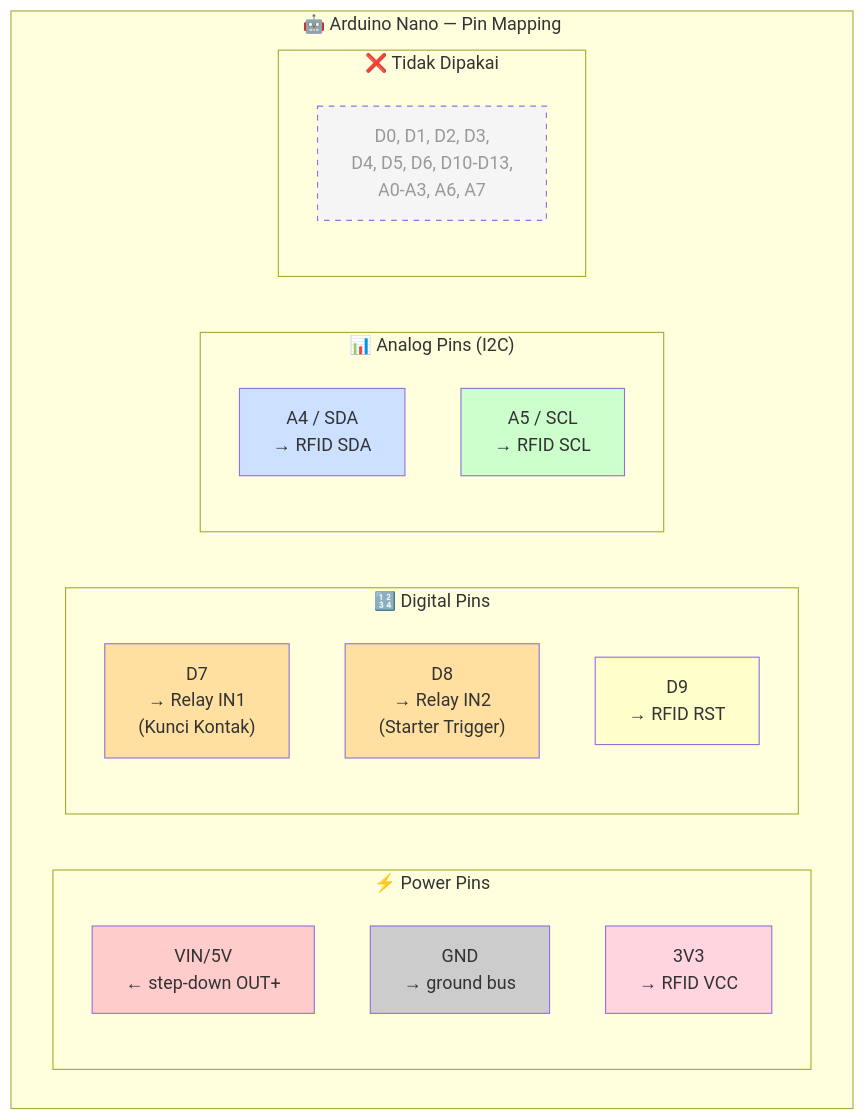
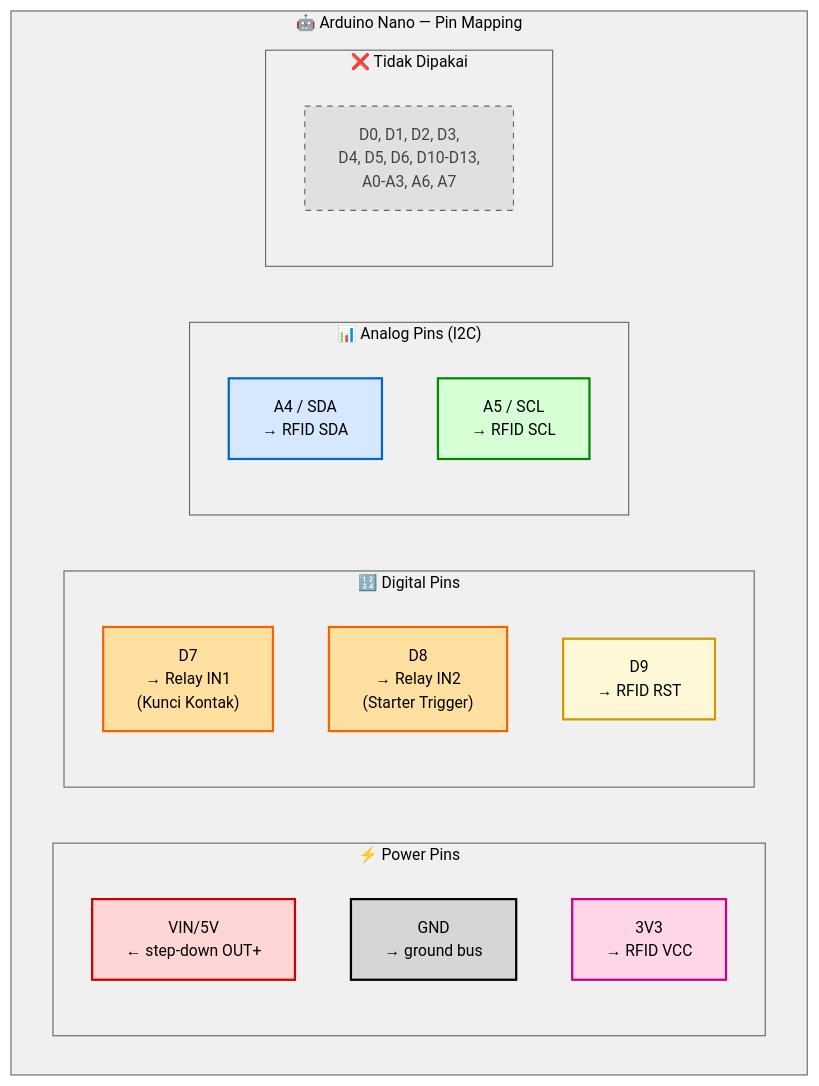
The tenth of 10 diagrams in motor_starter/DIAGRAM_MERMAID.md (umarovk/SIKAMOT), drawn with Mermaid before and after one commit. The commit also changed other lines of this file, not shown here.

First line of the commit message:
style(diagram): force readable text on GitHub dark mode

````diff
--- a/motor_starter/DIAGRAM_MERMAID.md
+++ b/motor_starter/DIAGRAM_MERMAID.md
@@ -474,36 +500,37 @@
 ```mermaid
+%%{init: {'theme':'base', 'themeVariables': {'primaryColor':'#ffffff','primaryTextColor':'#000000','primaryBorderColor':'#333333','lineColor':'#555555','clusterBkg':'#f0f0f0','clusterBorder':'#666666','titleColor':'#000000','edgeLabelBackground':'#ffffff','fontSize':'14px'}}}%%
 flowchart TB
     subgraph NANO_PINS["🤖 Arduino Nano — Pin Mapping"]
         direction LR
         subgraph POWER["⚡ Power Pins"]
             P1["VIN/5V<br/>← step-down OUT+"]
             P2["GND<br/>→ ground bus"]
             P3["3V3<br/>→ RFID VCC"]
         end
 
         subgraph DIGITAL["🔢 Digital Pins"]
             D7["D7<br/>→ Relay IN1<br/>(Kunci Kontak)"]
             D8["D8<br/>→ Relay IN2<br/>(Starter Trigger)"]
             D9["D9<br/>→ RFID RST"]
         end
 
         subgraph ANALOG["📊 Analog Pins (I2C)"]
             A4["A4 / SDA<br/>→ RFID SDA"]
             A5["A5 / SCL<br/>→ RFID SCL"]
         end
 
         subgraph UNUSED["❌ Tidak Dipakai"]
             UN["D0, D1, D2, D3,<br/>D4, D5, D6, D10-D13,<br/>A0-A3, A6, A7"]
         end
     end
 
-    style P1 fill:#ffcccc
-    style P2 fill:#cccccc
-    style P3 fill:#ffd6e0
-    style D7 fill:#ffe0a0
-    style D8 fill:#ffe0a0
-    style D9 fill:#ffffcc
-    style A4 fill:#cce0ff
-    style A5 fill:#ccffcc
-    style UN fill:#f5f5f5,stroke-dasharray:5 5,color:#999
+    style P1 fill:#ffd6d6,color:#000000,stroke:#cc0000,stroke-width:2px
+    style P2 fill:#d6d6d6,color:#000000,stroke:#000000,stroke-width:2px
+    style P3 fill:#ffd6e8,color:#000000,stroke:#cc0088,stroke-width:2px
+    style D7 fill:#ffe0a0,color:#000000,stroke:#ee6600,stroke-width:2px
+    style D8 fill:#ffe0a0,color:#000000,stroke:#ee6600,stroke-width:2px
+    style D9 fill:#fff8d6,color:#000000,stroke:#cc9900,stroke-width:2px
+    style A4 fill:#d6e8ff,color:#000000,stroke:#0066cc,stroke-width:2px
+    style A5 fill:#d6ffd6,color:#000000,stroke:#008800,stroke-width:2px
+    style UN fill:#e0e0e0,color:#444444,stroke:#666666,stroke-dasharray:5 5
 ```
````
